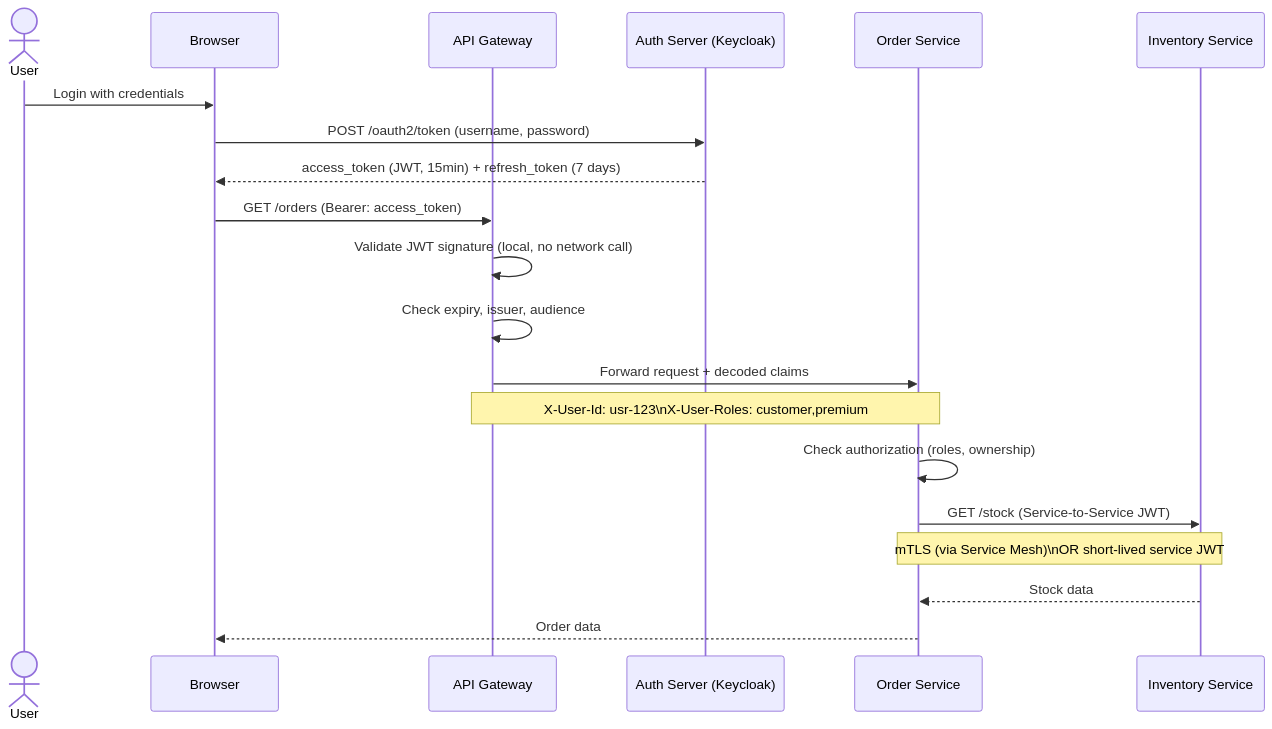
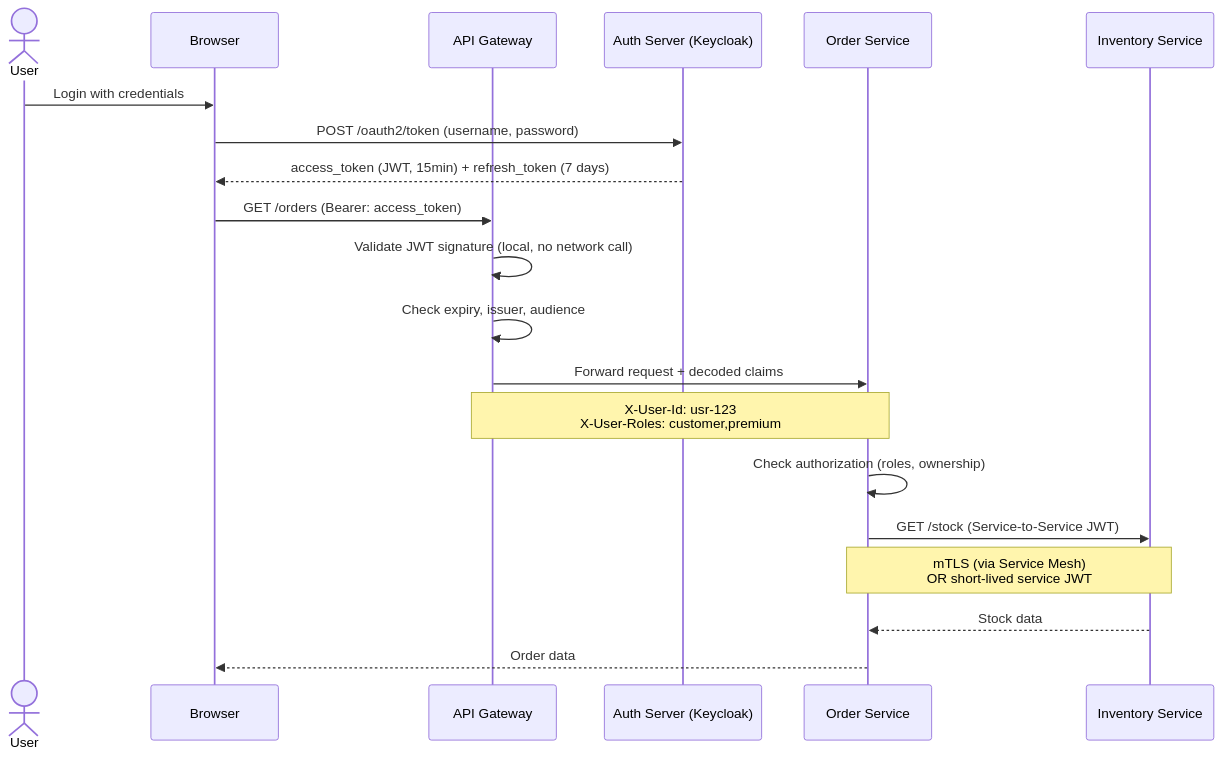
The eighth of 23 diagrams in Software-Architecture/fundamentals/system-architecture/02-microservices-best-practices.md (phatnguyen975/Software-Engineering), drawn with Mermaid before and after one commit. The commit also changed other lines of this file and 1 other file, not shown here.

Commit message:
docs: update system architecture content

````diff
--- a/Software-Architecture/fundamentals/system-architecture/02-microservices-best-practices.md
+++ b/Software-Architecture/fundamentals/system-architecture/02-microservices-best-practices.md
@@ -587,25 +592,25 @@
 ```mermaid
 sequenceDiagram
     actor User
     participant Browser
     participant APIGateway as API Gateway
     participant AuthServer as Auth Server (Keycloak)
     participant OrderSvc as Order Service
     participant InventorySvc as Inventory Service
 
     User->>Browser: Login with credentials
     Browser->>AuthServer: POST /oauth2/token (username, password)
     AuthServer-->>Browser: access_token (JWT, 15min) + refresh_token (7 days)
 
     Browser->>APIGateway: GET /orders (Bearer: access_token)
     APIGateway->>APIGateway: Validate JWT signature (local, no network call)
     APIGateway->>APIGateway: Check expiry, issuer, audience
     APIGateway->>OrderSvc: Forward request + decoded claims
-    Note over APIGateway,OrderSvc: X-User-Id: usr-123\nX-User-Roles: customer,premium
+    Note over APIGateway,OrderSvc: X-User-Id: usr-123<br>X-User-Roles: customer,premium
 
     OrderSvc->>OrderSvc: Check authorization (roles, ownership)
     OrderSvc->>InventorySvc: GET /stock (Service-to-Service JWT)
-    Note over OrderSvc,InventorySvc: mTLS (via Service Mesh)\nOR short-lived service JWT
+    Note over OrderSvc,InventorySvc: mTLS (via Service Mesh)<br>OR short-lived service JWT
     InventorySvc-->>OrderSvc: Stock data
     OrderSvc-->>Browser: Order data
 ```
````
